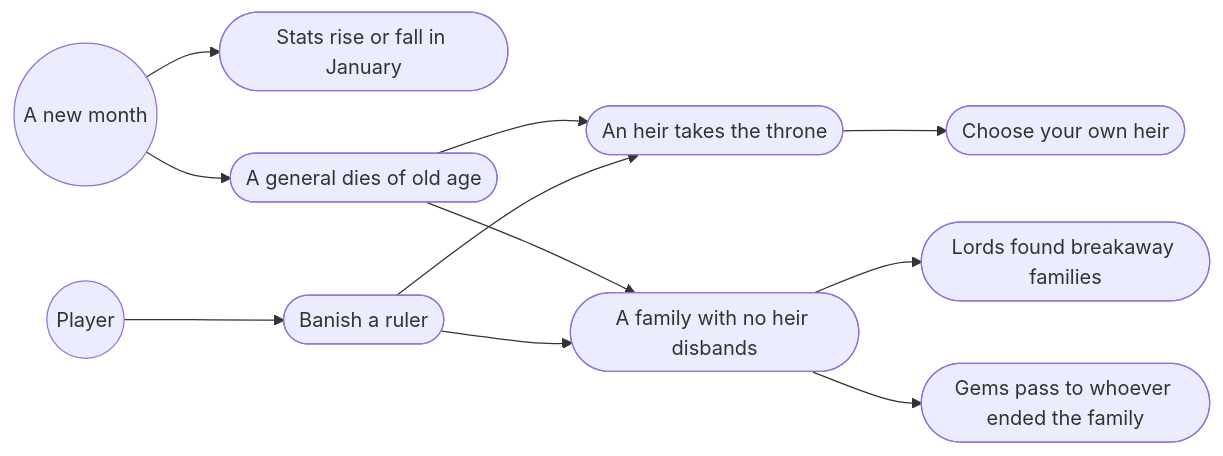
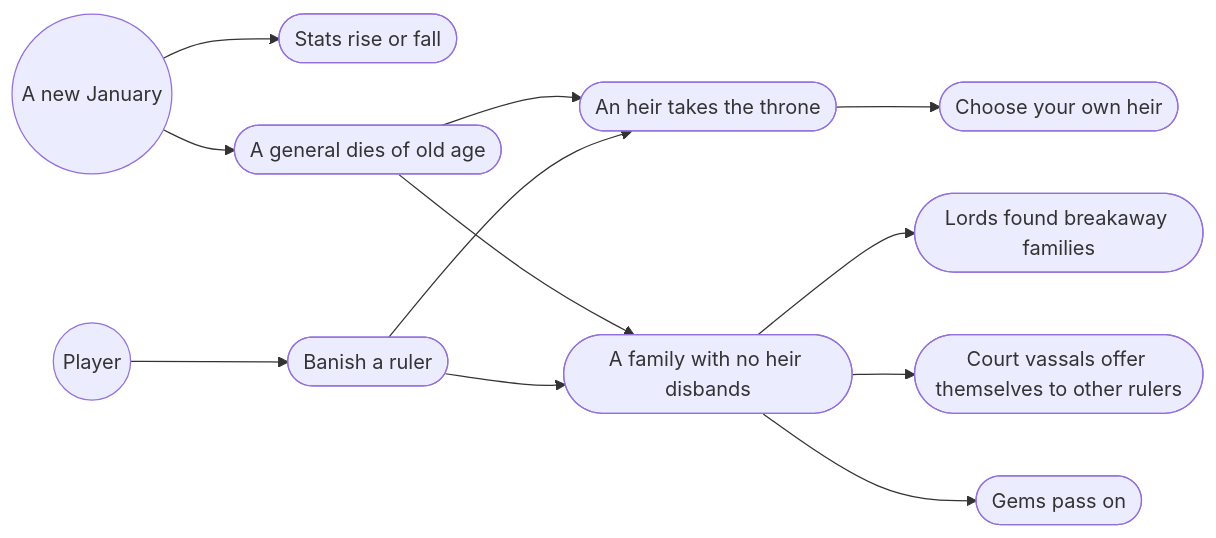
One commit to pslotinsky/kunstkamera changed the first of 3 diagrams in gemstorm/docs/design/11-character-lifecycle.md. Above: the diagram before and after it, drawn with Mermaid. The commit also changed other lines of this file and 19 other files, not shown here.

````diff
--- a/gemstorm/docs/design/11-character-lifecycle.md
+++ b/gemstorm/docs/design/11-character-lifecycle.md
@@ -28,13 +28,14 @@
 ```mermaid
 flowchart LR
-  time((A new month)) --> age(["Stats rise or fall in January"])
+  time((A new January)) --> age(["Stats rise or fall"])
   time --> die(["A general dies of old age"])
   die --> heir(["An heir takes the throne"])
   player((Player)) --> banish(["Banish a ruler"])
   banish --> heir
   heir --> choose(["Choose your own heir"])
   die --> disband(["A family with no heir disbands"])
   banish --> disband
   disband --> breakaway(["Lords found breakaway families"])
-  disband --> gems(["Gems pass to whoever ended the family"])
+  disband --> wander(["Court vassals offer themselves to other rulers"])
+  disband --> gems(["Gems pass on"])
 ```
````
